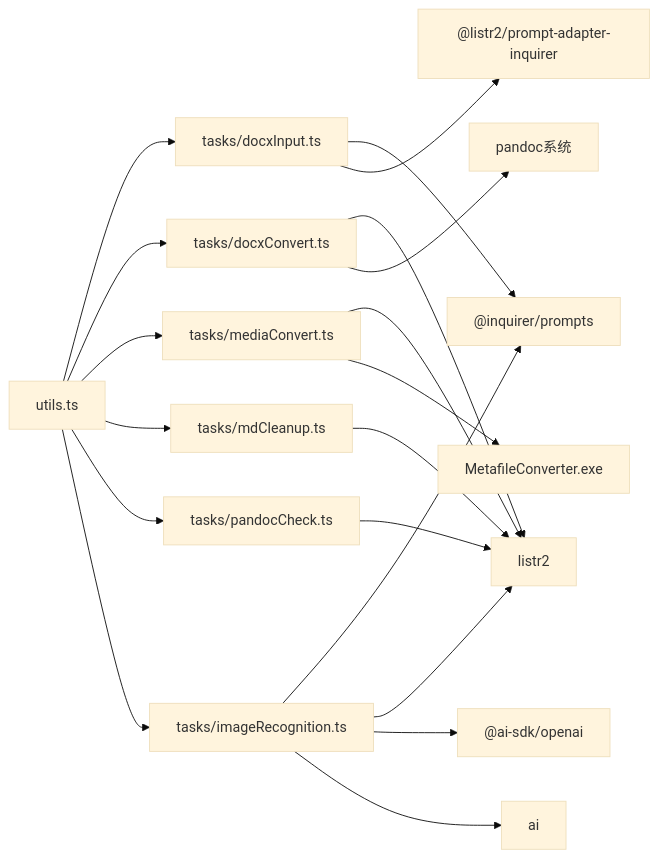
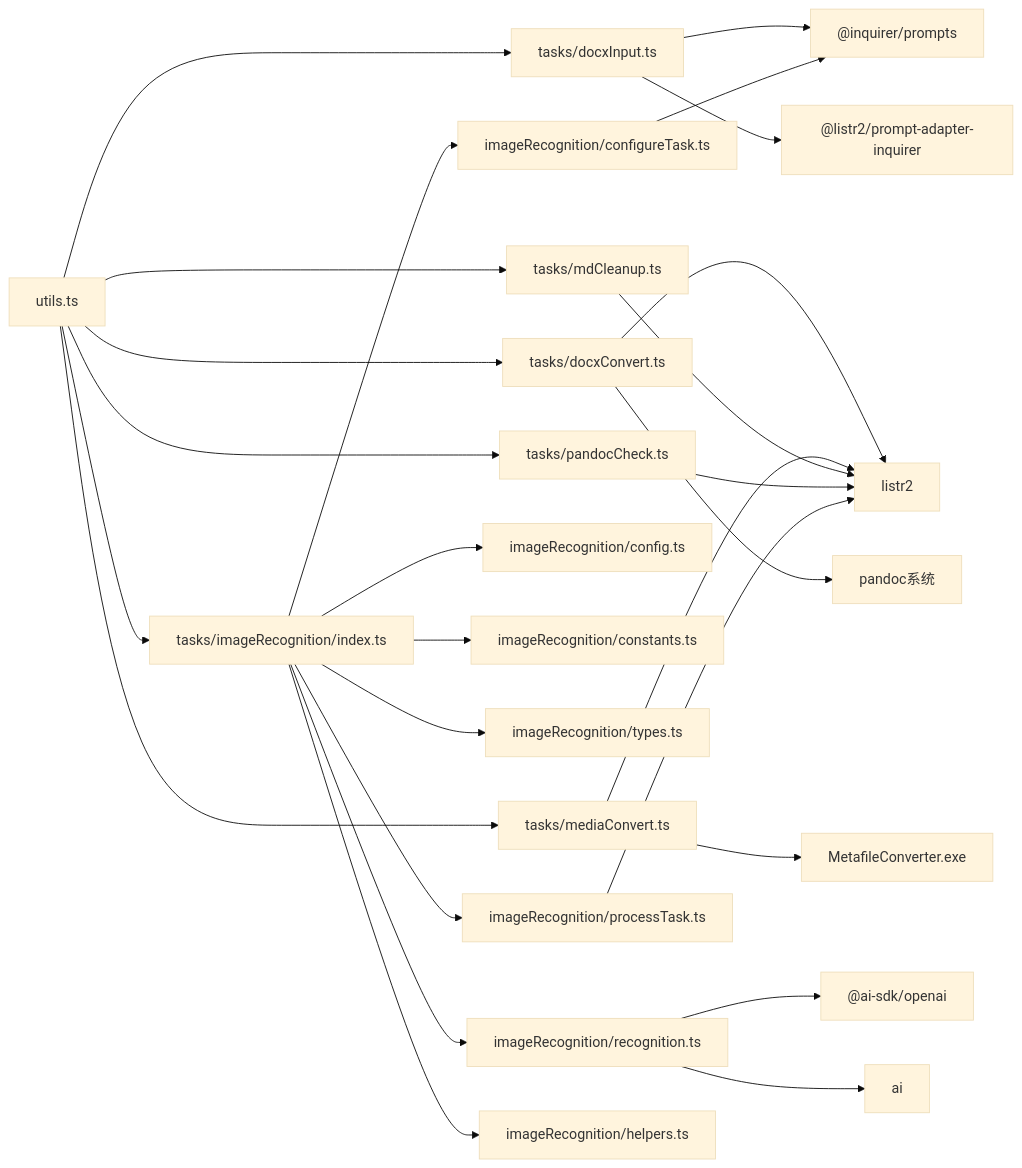
The fifth of 5 diagrams in .qoder/repowiki/zh/content/工具函数模块.md (hllshiro/doc2md-cli), drawn with Mermaid (base theme) before and after one commit. The commit also changed other lines of this file and 10 other files, not shown here.

First line of the commit message:
feat(imageRecognition): 增强AI验证与多内容类型识别功能

````diff
--- a/.qoder/repowiki/zh/content/工具函数模块.md
+++ b/.qoder/repowiki/zh/content/工具函数模块.md
@@ -394,21 +383,28 @@
 ```mermaid
 graph LR
 Utils["utils.ts"] --> DocxInput["tasks/docxInput.ts"]
 Utils --> DocxConvert["tasks/docxConvert.ts"]
 Utils --> MediaConvert["tasks/mediaConvert.ts"]
 Utils --> MdCleanup["tasks/mdCleanup.ts"]
 Utils --> PandocCheck["tasks/pandocCheck.ts"]
-Utils --> ImageRec["tasks/imageRecognition.ts"]
+Utils --> ImageRec["tasks/imageRecognition/index.ts"]
+ImageRec --> Config["imageRecognition/config.ts"]
+ImageRec --> Constants["imageRecognition/constants.ts"]
+ImageRec --> Types["imageRecognition/types.ts"]
+ImageRec --> Recognition["imageRecognition/recognition.ts"]
+ImageRec --> ConfigureTask["imageRecognition/configureTask.ts"]
+ImageRec --> ProcessTask["imageRecognition/processTask.ts"]
+ImageRec --> Helpers["imageRecognition/helpers.ts"]
 DocxInput --> Inquirer["@inquirer/prompts"]
 DocxInput --> ListrAdapter["@listr2/prompt-adapter-inquirer"]
 DocxConvert --> Listr["listr2"]
 MediaConvert --> Listr
 MdCleanup --> Listr
 PandocCheck --> Listr
-ImageRec --> Inquirer
-ImageRec --> Listr
-ImageRec --> AISDK["@ai-sdk/openai"]
-ImageRec --> AI["ai"]
+ConfigureTask --> Inquirer
+ProcessTask --> Listr
+Recognition --> AISDK["@ai-sdk/openai"]
+Recognition --> AI["ai"]
 DocxConvert --> Pandoc["pandoc系统"]
 MediaConvert --> MetaExe["MetafileConverter.exe"]
 ```
````
